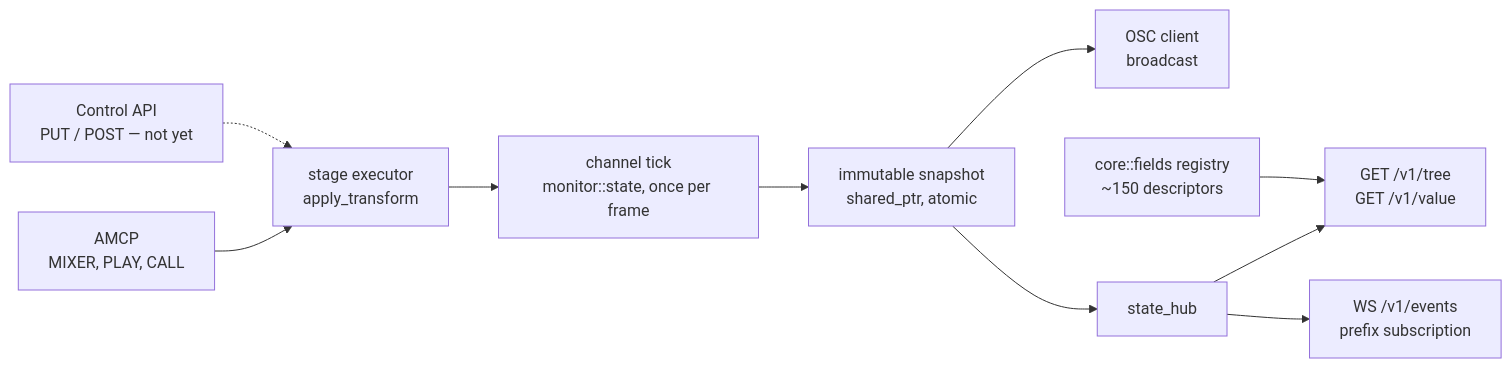
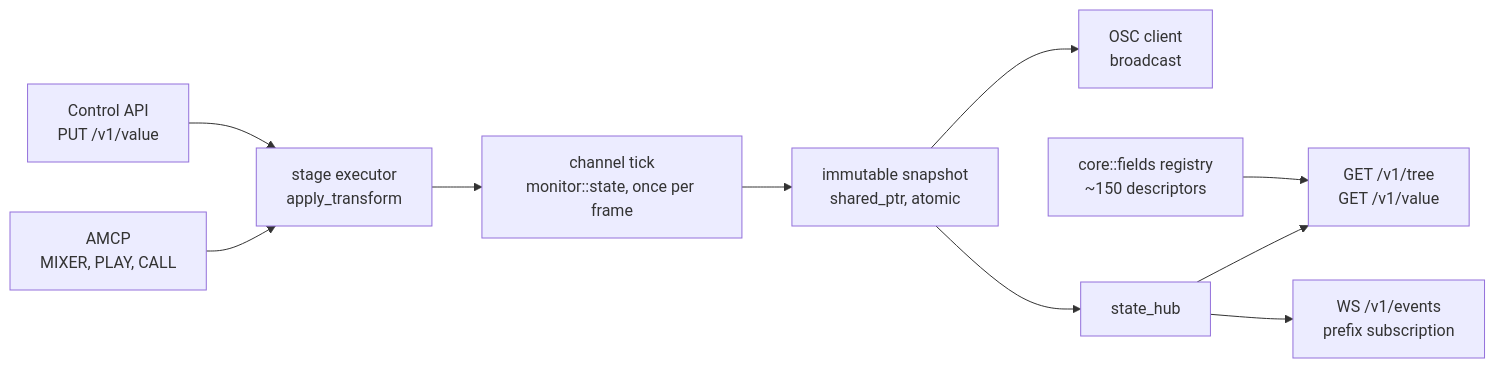
The diagram in docs/features/control-api.md (C-alcaide/server), drawn with Mermaid before and after one commit. The commit also changed other lines of this file and 7 other files, not shown here.

First line of the commit message:
protocol/http: PUT /v1/value, with validation and atomic toggle/add/cas

````diff
--- a/docs/features/control-api.md
+++ b/docs/features/control-api.md
@@ -327,12 +419,12 @@
 ```mermaid
 flowchart LR
     AMCP["AMCP<br/>MIXER, PLAY, CALL"] --> STAGE["stage executor<br/>apply_transform"]
-    API["Control API<br/>PUT / POST — not yet"] -.-> STAGE
+    API["Control API<br/>PUT /v1/value"] --> STAGE
     STAGE --> TICK["channel tick<br/>monitor::state, once per frame"]
     TICK --> SNAP["immutable snapshot<br/>shared_ptr, atomic"]
     SNAP --> OSC["OSC client<br/>broadcast"]
     SNAP --> HUB["state_hub"]
     HUB --> TREE["GET /v1/tree<br/>GET /v1/value"]
     HUB --> WS["WS /v1/events<br/>prefix subscription"]
     REG["core::fields registry<br/>~150 descriptors"] --> TREE
 ```
````
